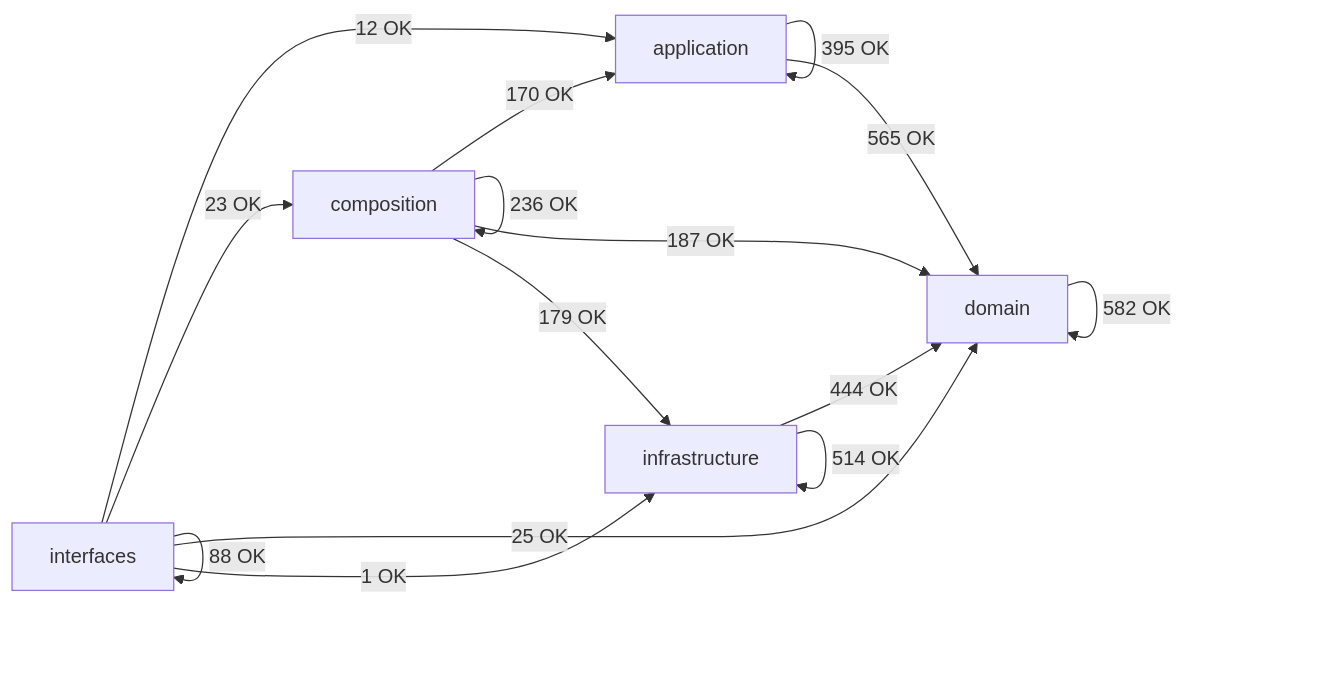
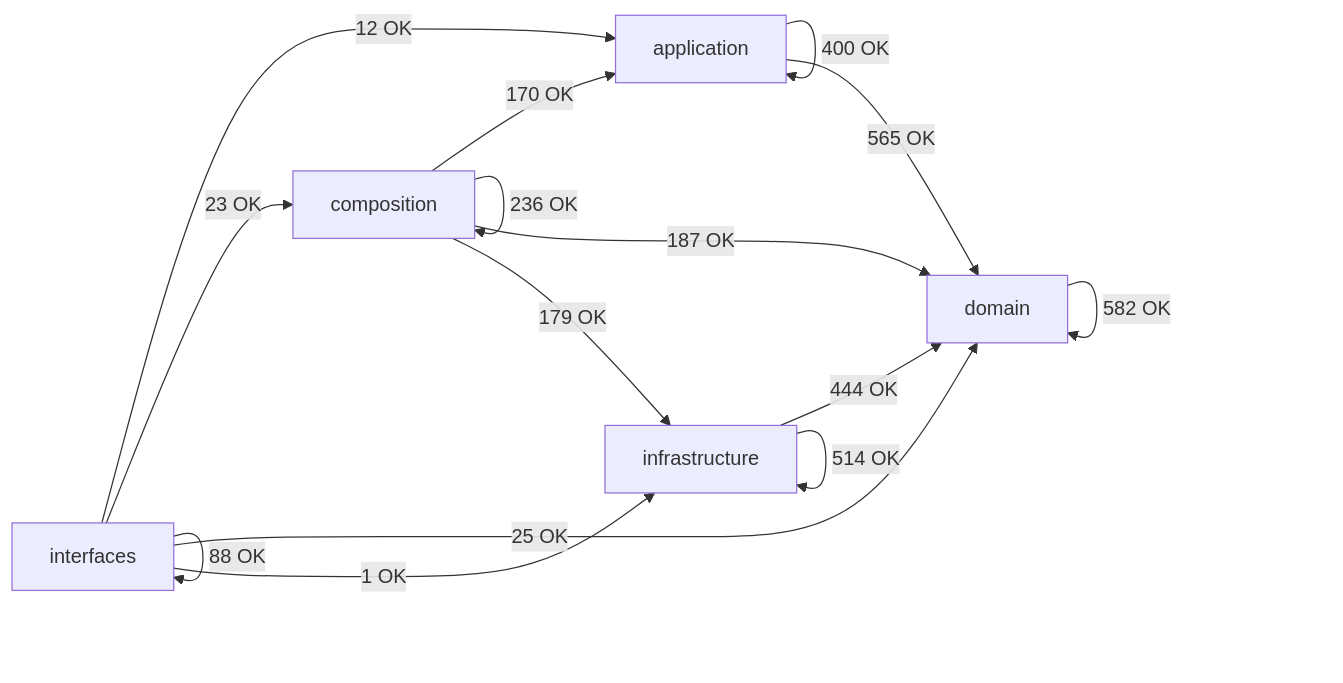
One commit to SatoryKono/BioactivityDataAcquisition changed the diagram in docs/02-architecture/generated/module-dependency-map.md. Above: the diagram before and after it, drawn with Mermaid. The commit also changed other lines of this file and 10 other files, not shown here.

````diff
--- a/docs/02-architecture/generated/module-dependency-map.md
+++ b/docs/02-architecture/generated/module-dependency-map.md
@@ -15,22 +15,22 @@
 ```mermaid
 flowchart LR
     domain[domain]
     application[application]
     infrastructure[infrastructure]
     composition[composition]
     interfaces[interfaces]
-    application -->|395 OK| application
+    application -->|400 OK| application
     application -->|565 OK| domain
     composition -->|170 OK| application
     composition -->|236 OK| composition
     composition -->|187 OK| domain
     composition -->|179 OK| infrastructure
     domain -->|582 OK| domain
     infrastructure -->|444 OK| domain
     infrastructure -->|514 OK| infrastructure
     interfaces -->|12 OK| application
     interfaces -->|23 OK| composition
     interfaces -->|25 OK| domain
     interfaces -->|1 OK| infrastructure
     interfaces -->|88 OK| interfaces
 ```
````
